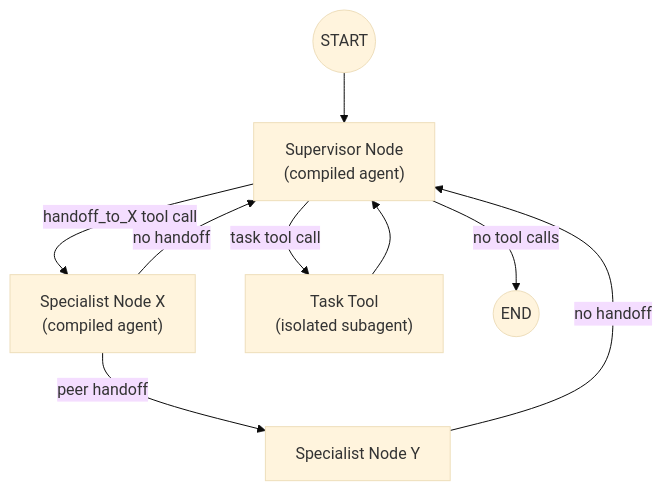
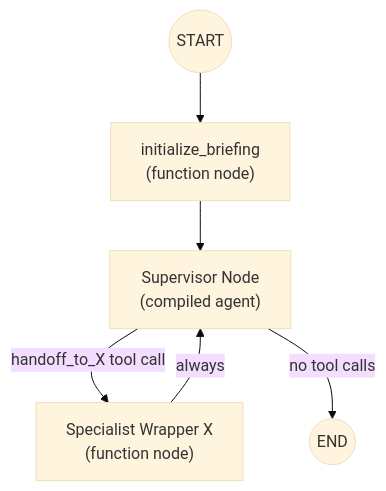
The first of 6 diagrams in docs/02-architecture/ai/supervisor-orchestrator.md (ogghst/backcast), drawn with Mermaid (base theme) before and after one commit. The commit also changed other lines of this file and 45 other files, not shown here.

````diff
--- a/docs/02-architecture/ai/supervisor-orchestrator.md
+++ b/docs/02-architecture/ai/supervisor-orchestrator.md
@@ -59,11 +59,8 @@
 ```mermaid
 flowchart TD
-    START((START)) --> SUP["Supervisor Node\n(compiled agent)"]
-    SUP -->|"handoff_to_X tool call"| SPEC["Specialist Node X\n(compiled agent)"]
-    SUP -->|"task tool call"| TASK["Task Tool\n(isolated subagent)"]
+    START((START)) --> INIT["initialize_briefing\n(function node)"]
+    INIT --> SUP["Supervisor Node\n(compiled agent)"]
+    SUP -->|"handoff_to_X tool call"| SPEC["Specialist Wrapper X\n(function node)"]
     SUP -->|"no tool calls"| END_NODE((END))
-    SPEC -->|"peer handoff"| SPEC2["Specialist Node Y"]
-    SPEC -->|"no handoff"| SUP
-    SPEC2 -->|"no handoff"| SUP
-    TASK --> SUP
+    SPEC -->|"always"| SUP
 ```
````
